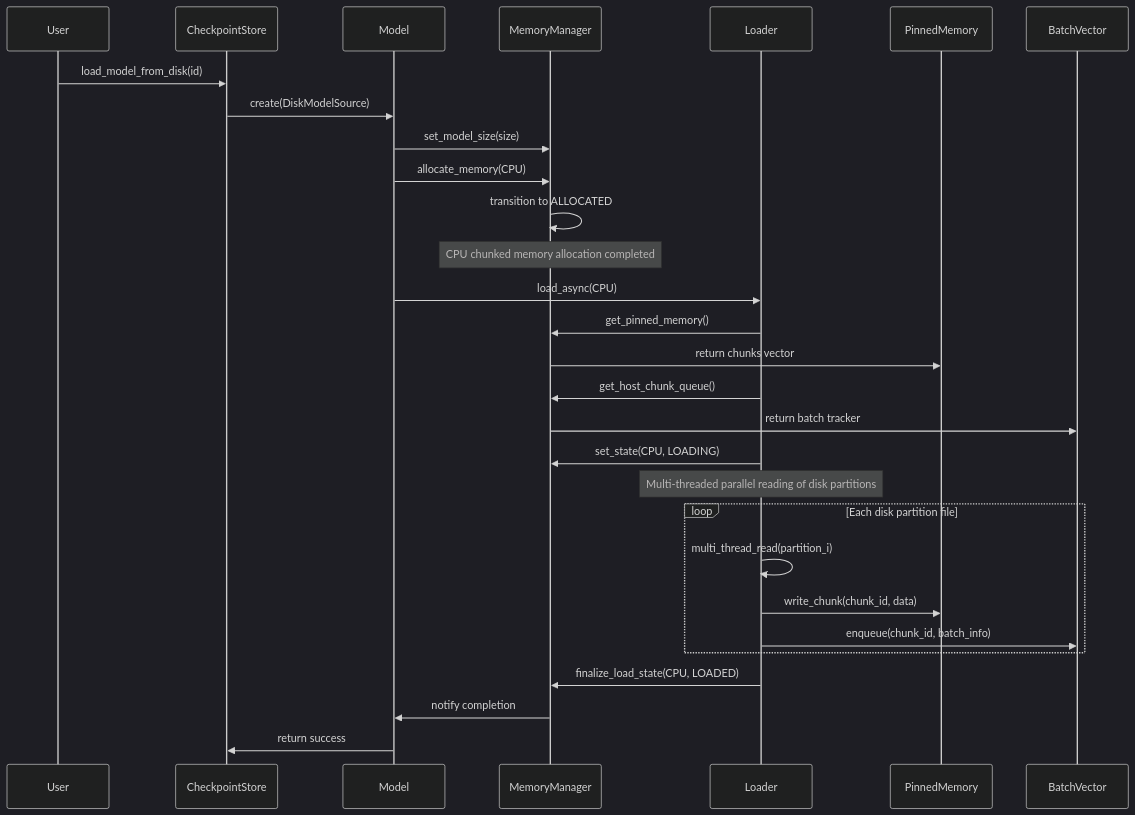
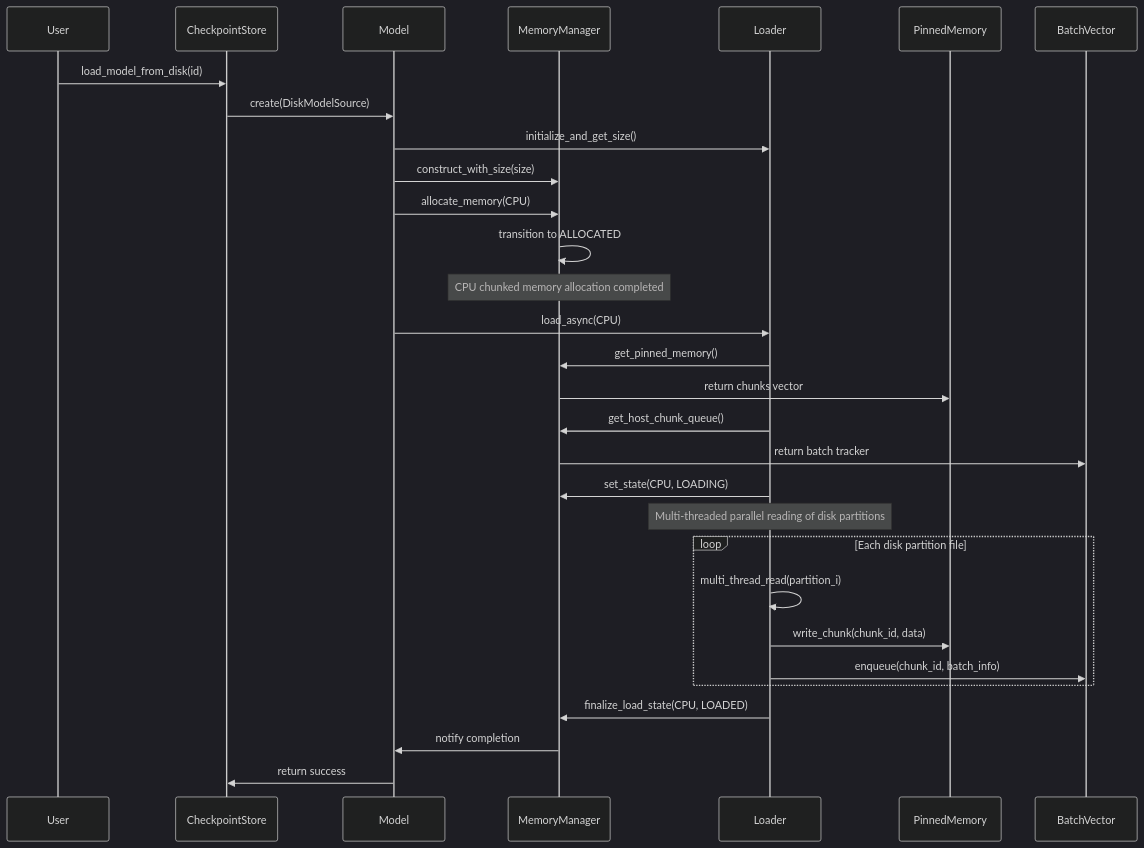
Before and after one commit to tensorcast-ai/tensorcast: diagram 14 of 16 in web-docs/docs/developer-guides/core/store/architecture.md, drawn with Mermaid (dark theme). The commit also changed 27 other files, not shown here.

````diff
--- a/web-docs/docs/developer-guides/core/store/architecture.md
+++ b/web-docs/docs/developer-guides/core/store/architecture.md
@@ -558,37 +558,38 @@
 ```mermaid
 sequenceDiagram
     participant User
     participant CS as CheckpointStore
     participant M as Model
     participant MM as MemoryManager
     participant L as Loader
     participant PM as PinnedMemory
     participant BV as BatchVector
 
     User->>CS: load_model_from_disk(id)
     CS->>M: create(DiskModelSource)
-    M->>MM: set_model_size(size)
+    M->>L: initialize_and_get_size()
+    M->>MM: construct_with_size(size)
     M->>MM: allocate_memory(CPU)
 
     MM->>MM: transition to ALLOCATED
     Note over MM: CPU chunked memory allocation completed
 
     M->>L: load_async(CPU)
     L->>MM: get_pinned_memory()
     MM->>PM: return chunks vector
     L->>MM: get_host_chunk_queue()
     MM->>BV: return batch tracker
 
     L->>MM: set_state(CPU, LOADING)
 
     Note over L: Multi-threaded parallel reading of disk partitions
     loop Each disk partition file
         L->>L: multi_thread_read(partition_i)
         L->>PM: write_chunk(chunk_id, data)
         L->>BV: enqueue(chunk_id, batch_info)
     end
 
     L->>MM: finalize_load_state(CPU, LOADED)
     MM->>M: notify completion
     M->>CS: return success
 ```
````
